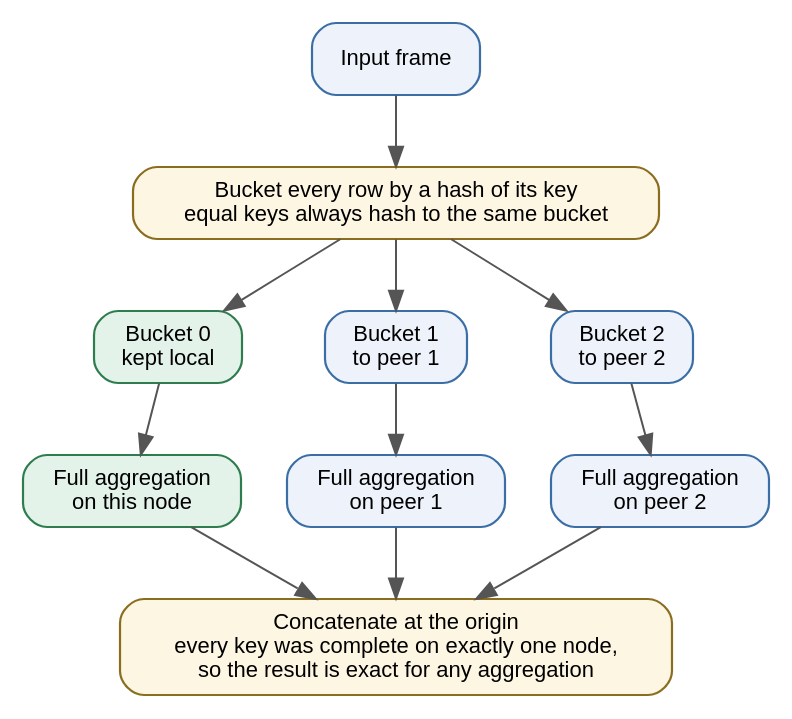
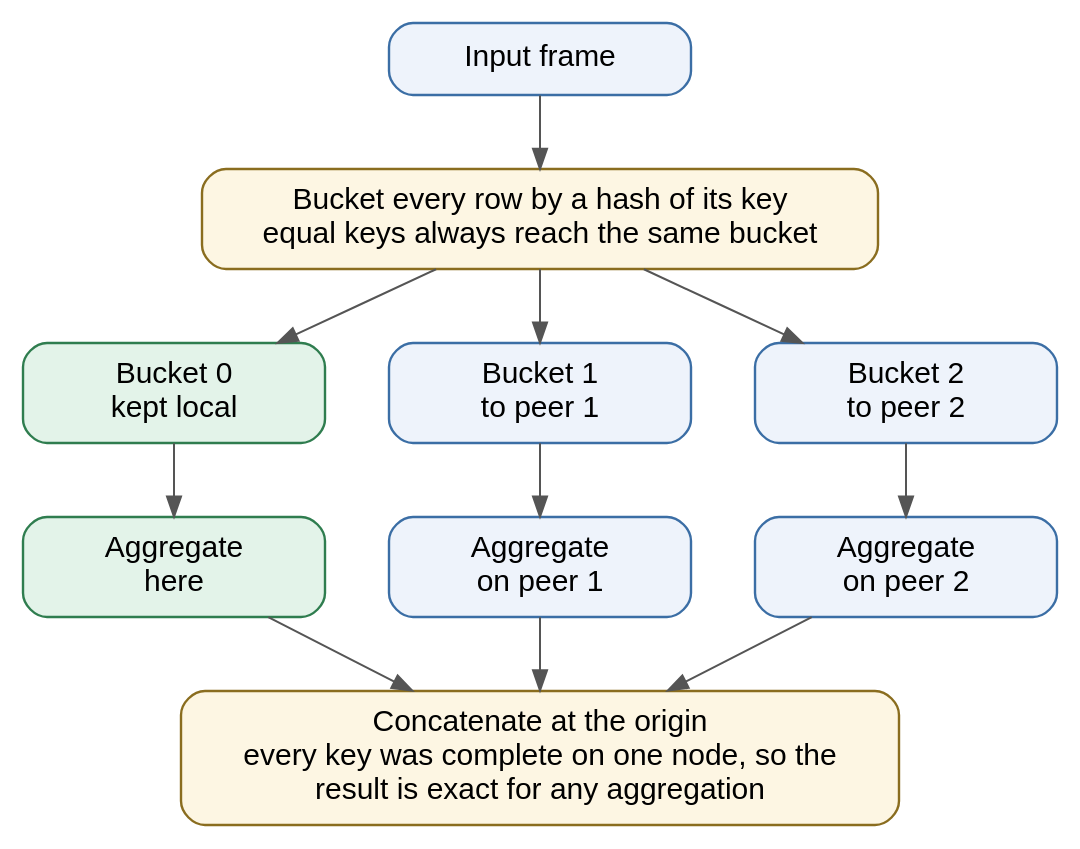
Before and after one commit to vinayakyadav2709/Pipedpeer: the diagram in docs/diagrams/src/fig_4.8_hash_shuffle.dot, drawn with Graphviz. The commit also changed 34 other files, not shown here.

```diff
--- a/docs/diagrams/src/fig_4.8_hash_shuffle.dot
+++ b/docs/diagrams/src/fig_4.8_hash_shuffle.dot
@@ -1,26 +1,27 @@
-// Figure 4.8 - Hash shuffle for groupby and join: no combiners needed.
+// Figure 4.8 - Hash shuffle for grouping and joining: no combiners needed.
 digraph Shuffle {
-  rankdir=TB; bgcolor="white"; nodesep=0.32; ranksep=0.50;
-  node [fontname="Helvetica", fontsize=11, shape=box, style="rounded,filled",
-        fillcolor="#eef3fb", color="#3b6ea5", penwidth=1.1, margin="0.14,0.08"];
-  edge [fontname="Helvetica", fontsize=10, color="#555555"];
+  rankdir=TB; bgcolor="white"; nodesep=0.45; ranksep=0.52;
+  node [fontname="Helvetica", fontsize=15, shape=box, style="rounded,filled",
+        fillcolor="#eef3fb", color="#3b6ea5", penwidth=1.2, margin="0.18,0.11",
+        width=2.1, fixedsize=false];
+  edge [fontname="Helvetica", fontsize=14, color="#555555"];
 
   df [label="Input frame"];
-  h  [label="Bucket every row by a hash of its key\nequal keys always hash to the same bucket",
+  h  [label="Bucket every row by a hash of its key\nequal keys always reach the same bucket",
       fillcolor="#fdf6e3", color="#8a6d1f"];
   b0 [label="Bucket 0\nkept local", fillcolor="#e3f3e9", color="#2f7d4f"];
   b1 [label="Bucket 1\nto peer 1"];
   b2 [label="Bucket 2\nto peer 2"];
-  a0 [label="Full aggregation\non this node", fillcolor="#e3f3e9", color="#2f7d4f"];
-  a1 [label="Full aggregation\non peer 1"];
-  a2 [label="Full aggregation\non peer 2"];
-  cat [label="Concatenate at the origin\nevery key was complete on exactly one node,\nso the result is exact for any aggregation",
+  a0 [label="Aggregate\nhere", fillcolor="#e3f3e9", color="#2f7d4f"];
+  a1 [label="Aggregate\non peer 1"];
+  a2 [label="Aggregate\non peer 2"];
+  cat [label="Concatenate at the origin\nevery key was complete on one node, so the\nresult is exact for any aggregation",
        fillcolor="#fdf6e3", color="#8a6d1f"];
 
   df -> h;
   h -> b0; h -> b1; h -> b2;
   b0 -> a0; b1 -> a1; b2 -> a2;
   a0 -> cat; a1 -> cat; a2 -> cat;
   { rank=same; b0; b1; b2; }
   { rank=same; a0; a1; a2; }
 }
```
